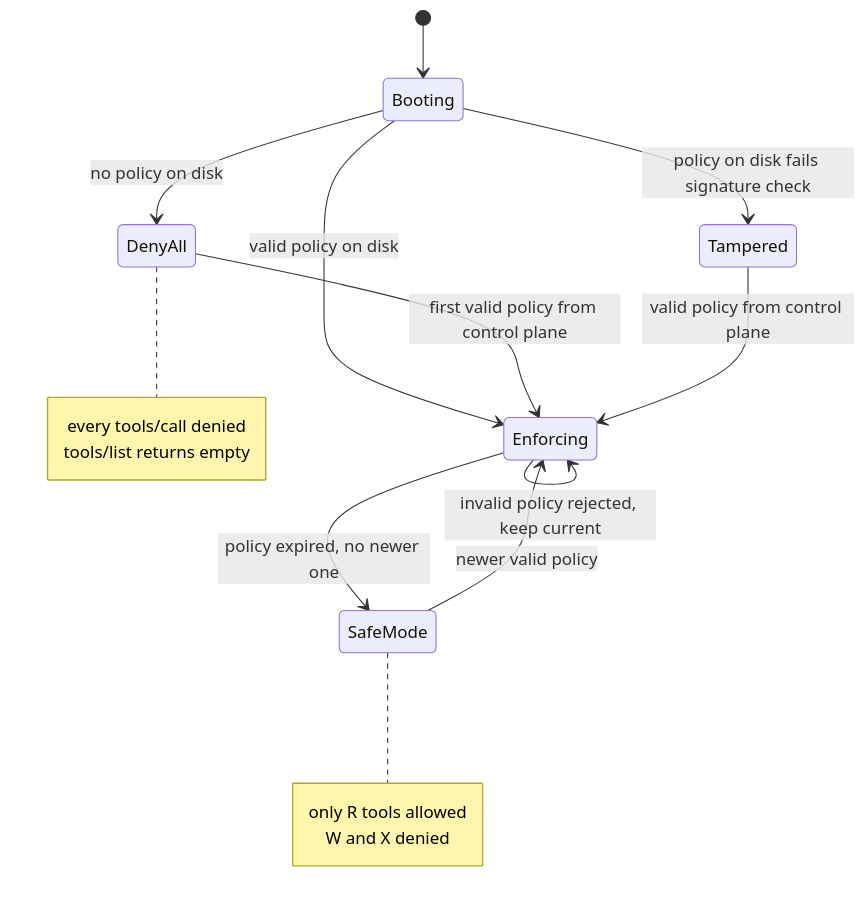
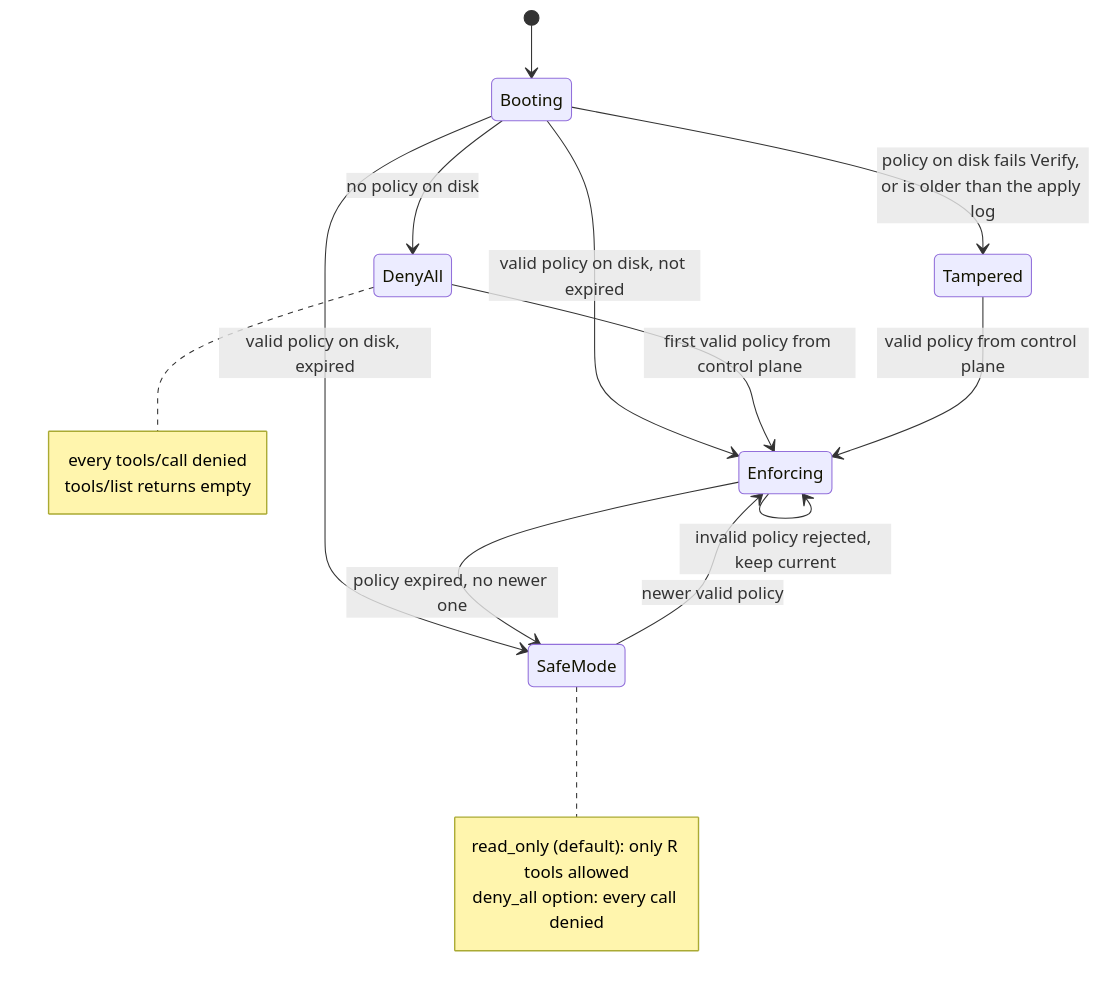
Before and after one commit to thisizaro/Kairan: the fourth of 8 diagrams in docs/ARCHITECTURE.md, drawn with Mermaid. The commit also changed other lines of this file and 2 other files, not shown here.

First line of the commit message:
docs(g0): apply G0 rulings, define chaos S1-S11

````diff
--- a/docs/ARCHITECTURE.md
+++ b/docs/ARCHITECTURE.md
@@ -115,24 +120,25 @@
 ```mermaid
 stateDiagram-v2
     [*] --> Booting
-    Booting --> Enforcing: valid policy on disk
+    Booting --> Enforcing: valid policy on disk, not expired
+    Booting --> SafeMode: valid policy on disk, expired
     Booting --> DenyAll: no policy on disk
-    Booting --> Tampered: policy on disk fails signature check
+    Booting --> Tampered: policy on disk fails Verify, or is older than the apply log
 
     DenyAll --> Enforcing: first valid policy from control plane
     Tampered --> Enforcing: valid policy from control plane
 
     Enforcing --> Enforcing: newer valid policy, atomic swap
     Enforcing --> Enforcing: invalid policy rejected, keep current
     Enforcing --> SafeMode: policy expired, no newer one
     SafeMode --> Enforcing: newer valid policy
 
     note right of DenyAll
         every tools/call denied
         tools/list returns empty
     end note
     note right of SafeMode
-        only R tools allowed
-        W and X denied
+        read_only (default): only R tools allowed
+        deny_all option: every call denied
     end note
 ```
````
